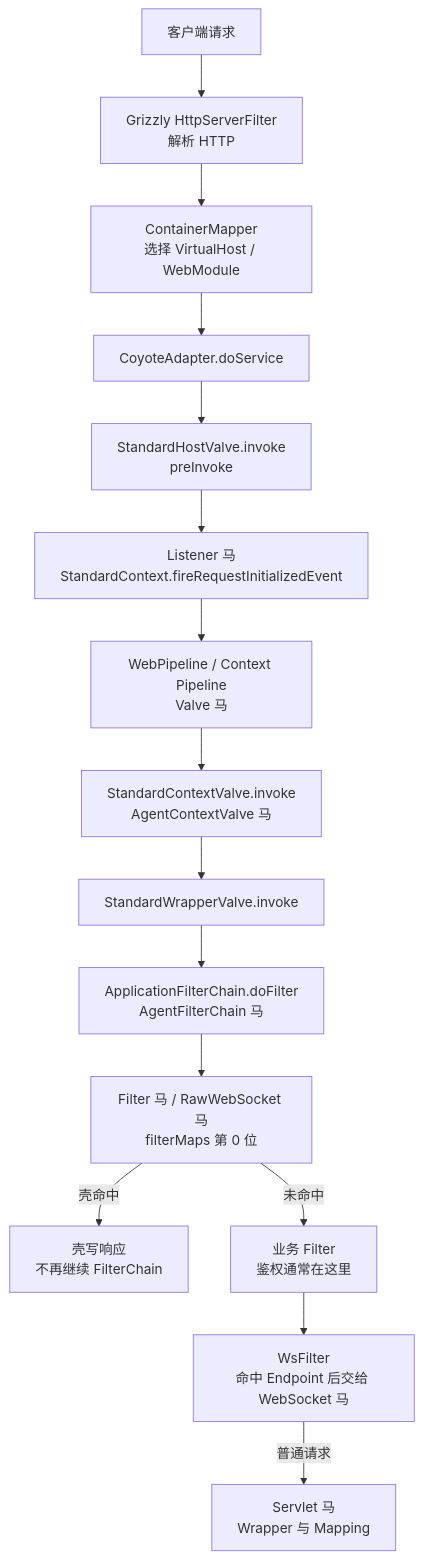
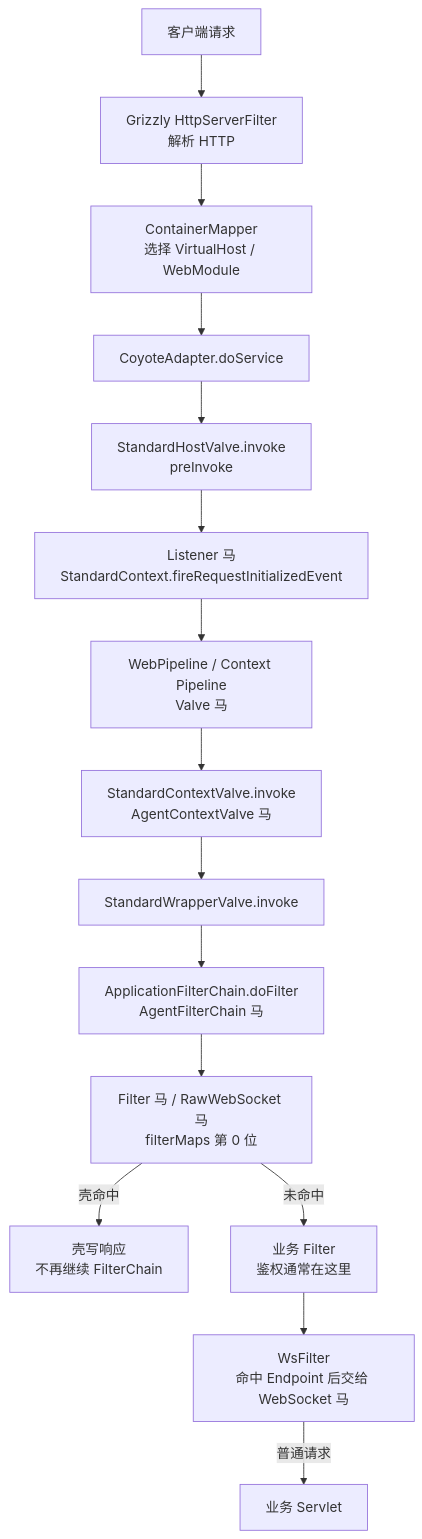
One commit to MemShellParty/MemShellParty changed the diagram in web/content/docs/middleware/glassfish.mdx. Above: the diagram before and after it, drawn with Mermaid. The commit also changed other lines of this file and 35 other files, not shown here.

````diff
--- a/web/content/docs/middleware/glassfish.mdx
+++ b/web/content/docs/middleware/glassfish.mdx
@@ -10,17 +10,17 @@
 ```mermaid
 flowchart TD
   client[客户端请求] --> grizzly[Grizzly HttpServerFilter<br/>解析 HTTP]
   grizzly --> mapper[ContainerMapper<br/>选择 VirtualHost / WebModule]
   mapper --> adapter[CoyoteAdapter.doService]
   adapter --> host[StandardHostValve.invoke<br/>preInvoke]
   host --> listener[Listener 马<br/>StandardContext.fireRequestInitializedEvent]
   listener --> pipeline[WebPipeline / Context Pipeline<br/>Valve 马]
   pipeline --> ctxvalve[StandardContextValve.invoke<br/>AgentContextValve 马]
   ctxvalve --> wrapper[StandardWrapperValve.invoke]
   wrapper --> chain[ApplicationFilterChain.doFilter<br/>AgentFilterChain 马]
   chain --> filter[Filter 马 / RawWebSocket 马<br/>filterMaps 第 0 位]
   filter -->|壳命中| stop[壳写响应<br/>不再继续 FilterChain]
   filter -->|未命中| appfilter[业务 Filter<br/>鉴权通常在这里]
   appfilter --> wsfilter[WsFilter<br/>命中 Endpoint 后交给 WebSocket 马]
-  wsfilter -->|普通请求| servlet[Servlet 马<br/>Wrapper 与 Mapping]
+  wsfilter -->|普通请求| servlet[业务 Servlet]
 ```
````
